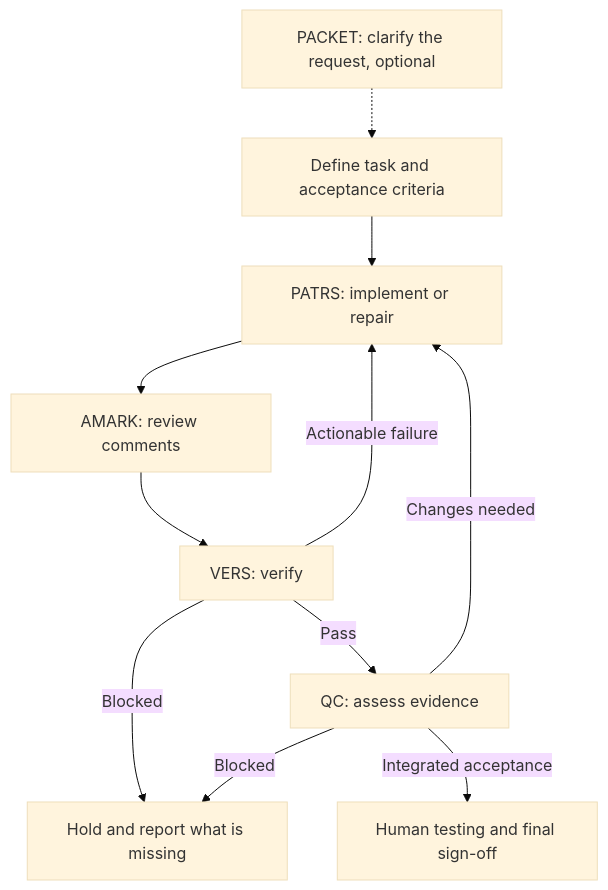
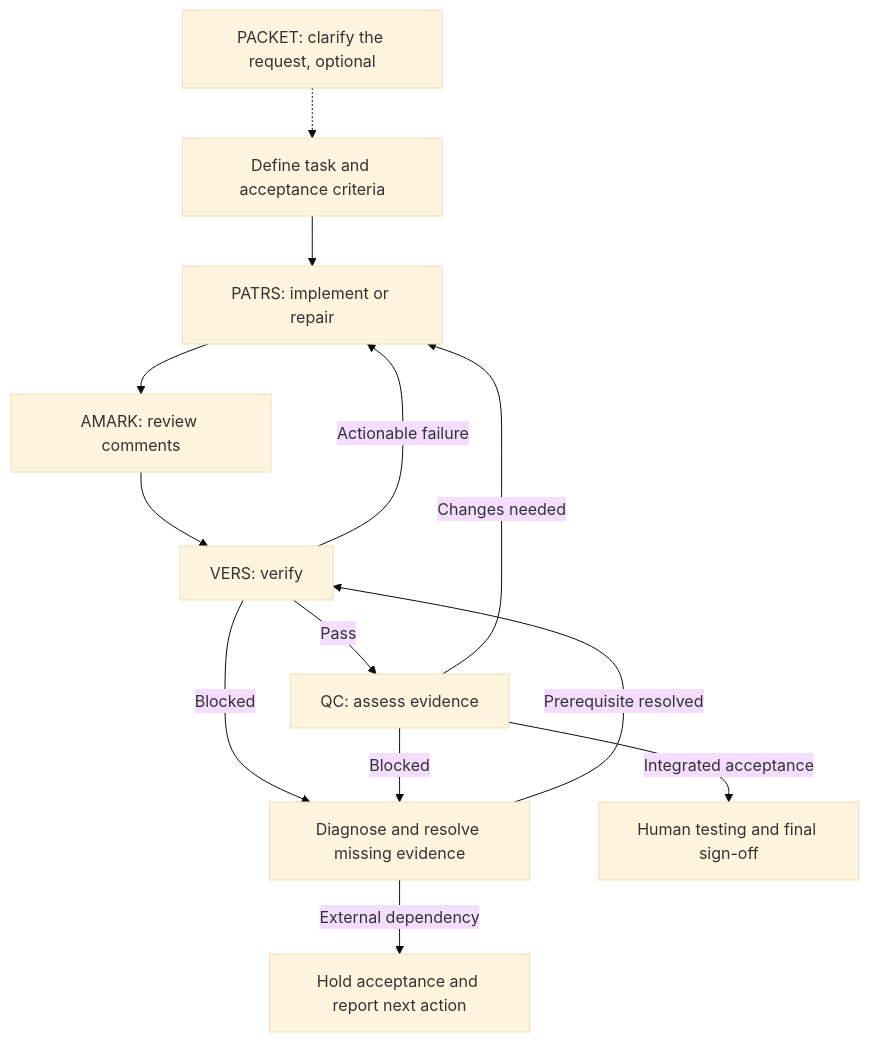
Before and after one commit to SampleBias/skillz_library: the diagram in README.md, drawn with Mermaid (base theme). The commit also changed other lines of this file and 6 other files, not shown here.

````diff
--- a/README.md
+++ b/README.md
@@ -26,13 +26,15 @@
 ```mermaid
 flowchart TD
     A[Define task and acceptance criteria] --> B[PATRS: implement or repair]
     B --> C[AMARK: review comments]
     C --> D[VERS: verify]
     D -->|Pass| E[QC: assess evidence]
     D -->|Actionable failure| B
     E -->|Changes needed| B
-    D -->|Blocked| F[Hold and report what is missing]
+    D -->|Blocked| F[Diagnose and resolve missing evidence]
     E -->|Blocked| F
+    F -->|Prerequisite resolved| D
+    F -->|External dependency| H[Hold acceptance and report next action]
     E -->|Integrated acceptance| G[Human testing and final sign-off]
     P[PACKET: clarify the request, optional] -.-> A
 ```
````
